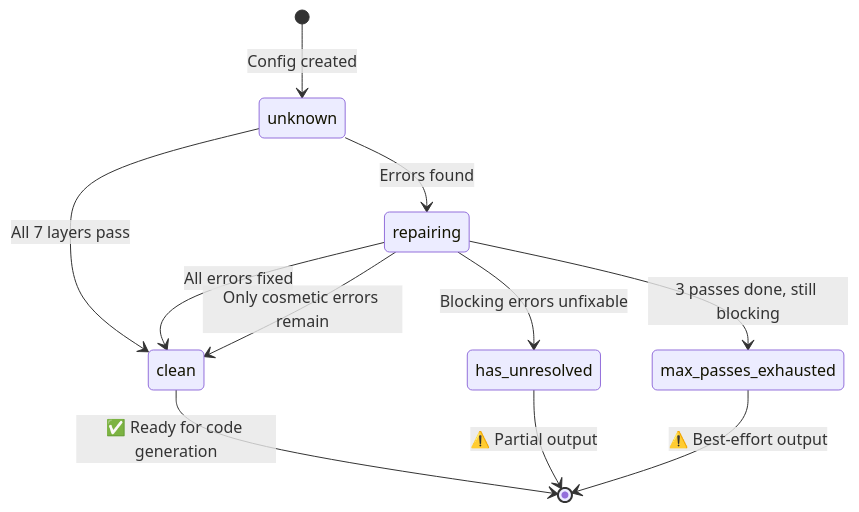
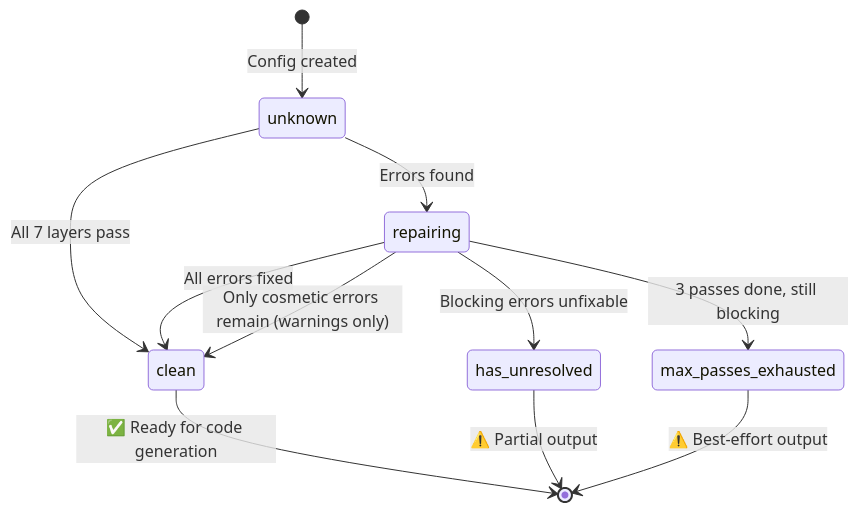
Before and after one commit to notsooamit/app-compiler: the seventh of 24 diagrams in SOFTWARE_ARCHITECTURE.md, drawn with Mermaid. The commit also changed other lines of this file and 1 other file, not shown here.

````diff
--- a/SOFTWARE_ARCHITECTURE.md
+++ b/SOFTWARE_ARCHITECTURE.md
@@ -387,16 +390,16 @@
 ```mermaid
 stateDiagram-v2
     [*] --> unknown: Config created
     
     unknown --> clean: All 7 layers pass
     unknown --> repairing: Errors found
     
     repairing --> clean: All errors fixed
-    repairing --> clean: Only cosmetic errors remain
+    repairing --> clean: Only cosmetic errors remain (warnings only)
     repairing --> has_unresolved: Blocking errors unfixable
     repairing --> max_passes_exhausted: 3 passes done, still blocking
     
     clean --> [*]: ✅ Ready for code generation
     has_unresolved --> [*]: ⚠️ Partial output
     max_passes_exhausted --> [*]: ⚠️ Best-effort output
 ```
````
